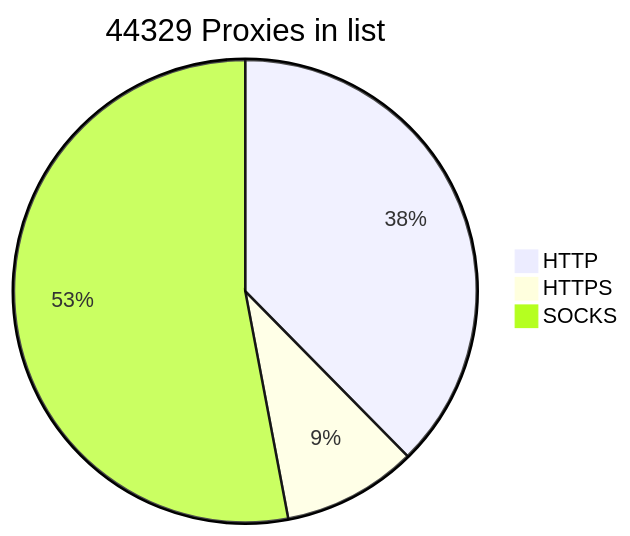
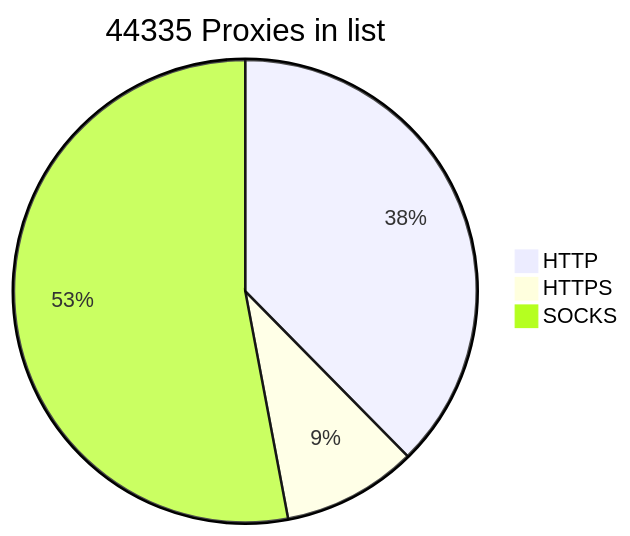
Before and after one commit to BlackSnowDot/proxylist-update-every-minute: the diagram in README.md, drawn with Mermaid.

````diff
--- a/README.md
+++ b/README.md
@@ -2,6 +2,6 @@
 ```mermaid
-pie title 44329 Proxies in list
-    "HTTP" : 18166
-    "HTTPS": 4538
+pie title 44335 Proxies in list
+    "HTTP" : 18169
+    "HTTPS": 4545
     "SOCKS" : 25579
 ```
````
